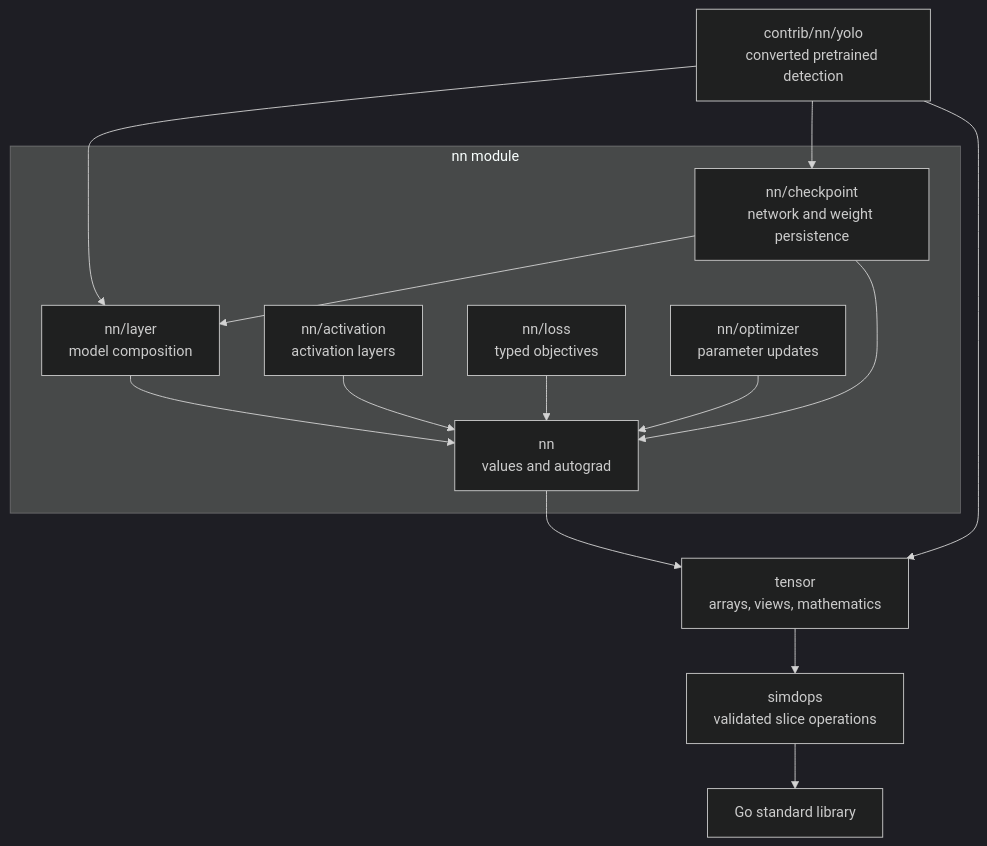
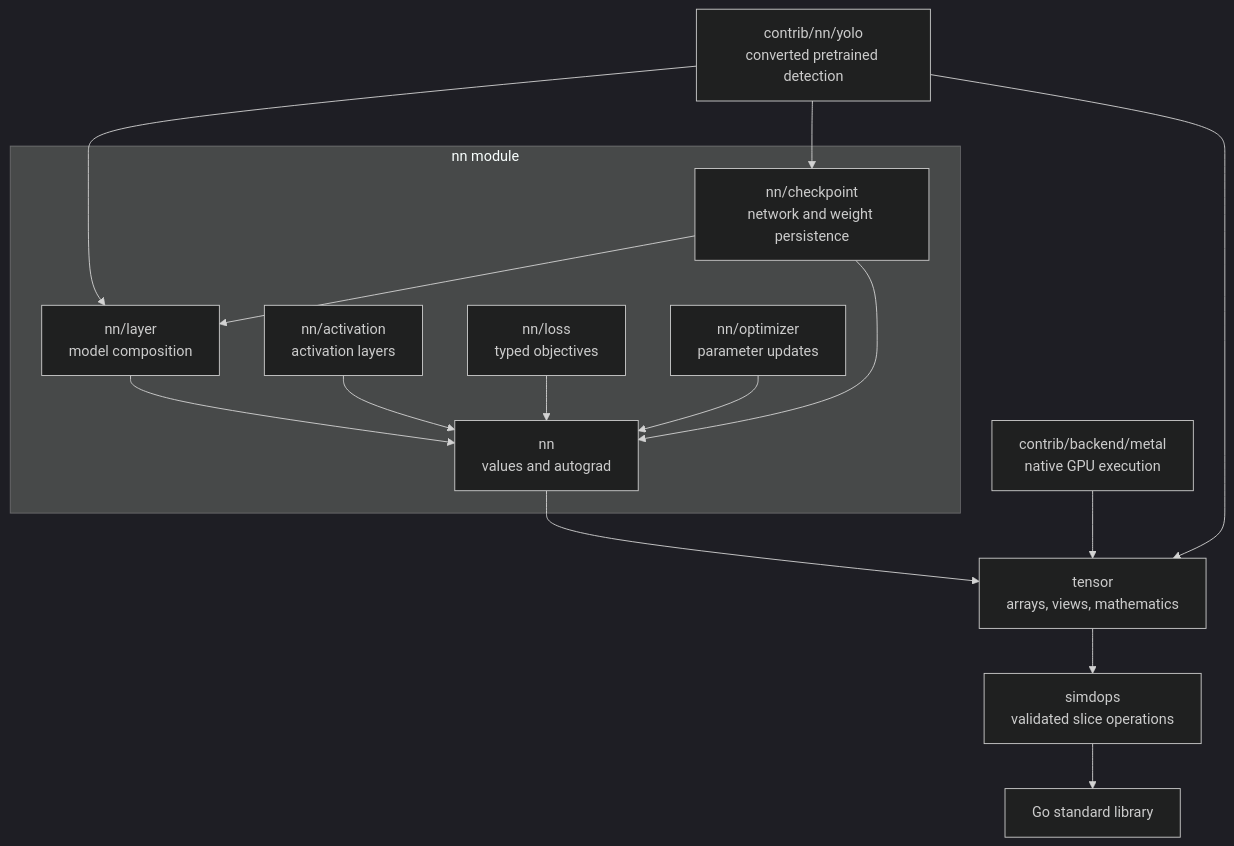
The first of 3 diagrams in docs/architecture.md (bpradana/goml), drawn with Mermaid (dark theme) before and after one commit. The commit also changed other lines of this file and 12 other files, not shown here.

````diff
--- a/docs/architecture.md
+++ b/docs/architecture.md
@@ -12,17 +13,18 @@
 ```mermaid
 flowchart TD
     subgraph Neural["nn module"]
         Layer["nn/layer<br/>model composition"] --> Core["nn<br/>values and autograd"]
         Activation["nn/activation<br/>activation layers"] --> Core
         Loss["nn/loss<br/>typed objectives"] --> Core
         Optimizer["nn/optimizer<br/>parameter updates"] --> Core
         Checkpoint["nn/checkpoint<br/>network and weight persistence"] --> Layer
         Checkpoint --> Core
     end
     YOLO["contrib/nn/yolo<br/>converted pretrained detection"] --> Layer
     YOLO --> Checkpoint
     YOLO --> Tensor
     Core --> Tensor["tensor<br/>arrays, views, mathematics"]
     Tensor --> SIMD["simdops<br/>validated slice operations"]
+    Metal["contrib/backend/metal<br/>native GPU execution"] --> Tensor
     SIMD --> Std["Go standard library"]
 ```
````
